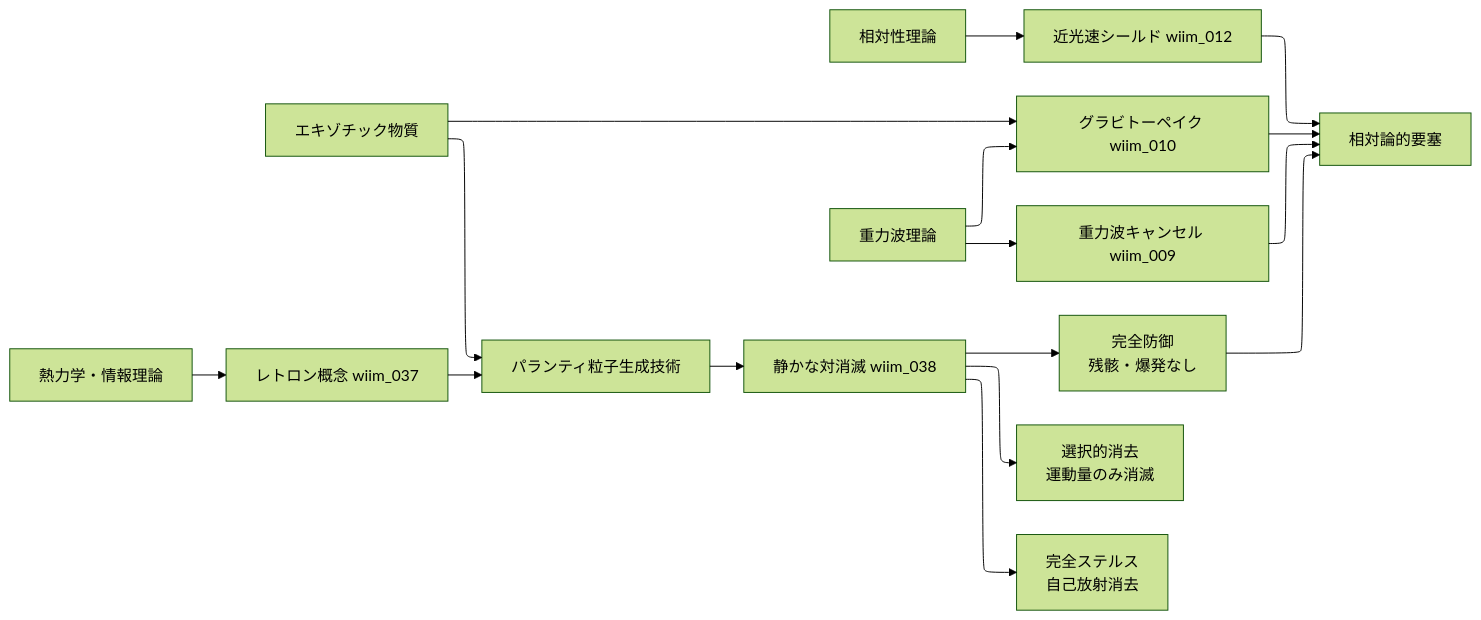
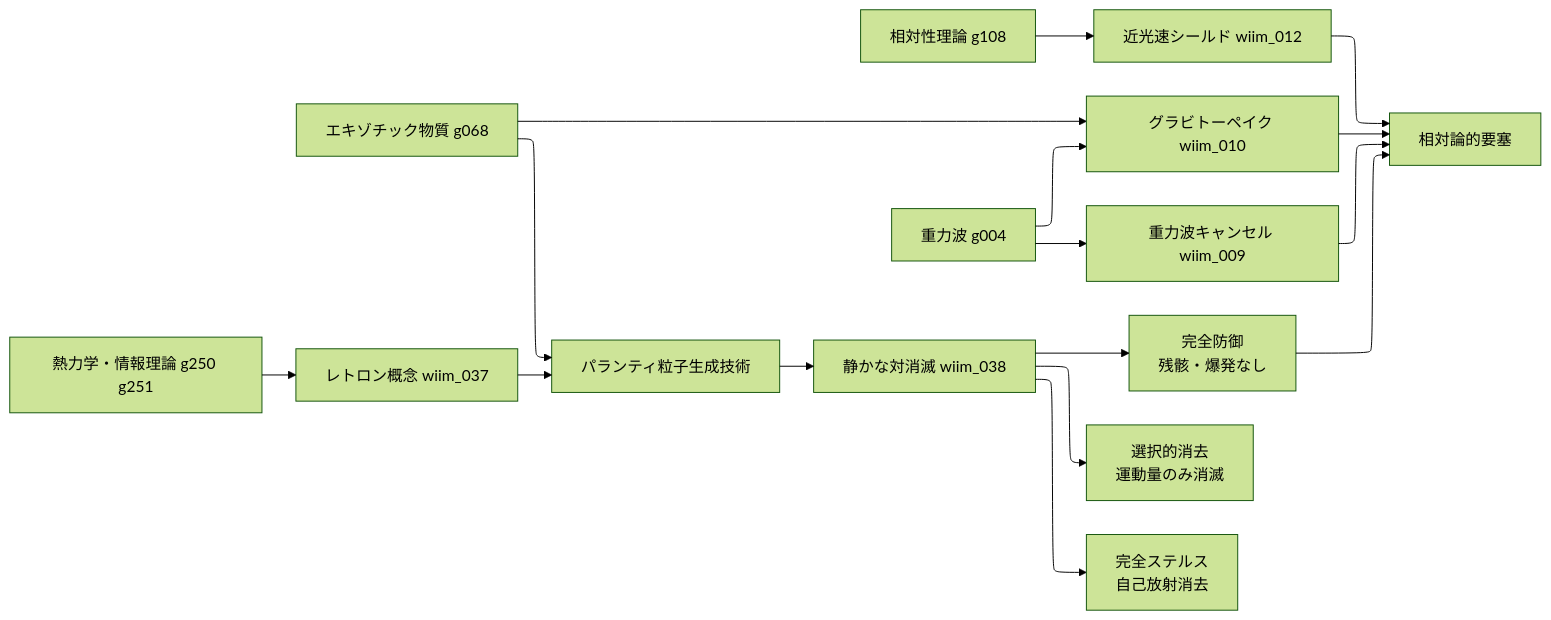
One commit to theronium/WhatIfImpossible changed the third of 11 diagrams in docs/notes/tech_tree.md. Above: the diagram before and after it, drawn with Mermaid (forest theme). The commit also changed other lines of this file and 73 other files, not shown here.

````diff
--- a/docs/notes/tech_tree.md
+++ b/docs/notes/tech_tree.md
@@ -152,25 +152,25 @@
 ```mermaid
 %%{init: {"layout": "elk"}}%%
 flowchart LR
-    D1[相対性理論]
-    D2[エキゾチック物質]
-    D3[重力波理論]
-    D8[熱力学・情報理論]
+    D1[相対性理論 g108]
+    D2[エキゾチック物質 g068]
+    D3[重力波 g004]
+    D8[熱力学・情報理論 g250 g251]
 
     D1 --> D4[近光速シールド wiim_012]
     D2 --> D5[グラビトーペイク wiim_010]
     D3 --> D5
     D3 --> D6[重力波キャンセル wiim_009]
     D4 --> D7[相対論的要塞]
     D5 --> D7
     D6 --> D7
 
     D8 --> D9[レトロン概念 wiim_037]
     D2 --> D10[パランティ粒子生成技術]
     D9 --> D10
     D10 --> D11[静かな対消滅 wiim_038]
     D11 --> D12[完全防御\n残骸・爆発なし]
     D11 --> D13[選択的消去\n運動量のみ消滅]
     D11 --> D14[完全ステルス\n自己放射消去]
     D12 --> D7
 ```
````
